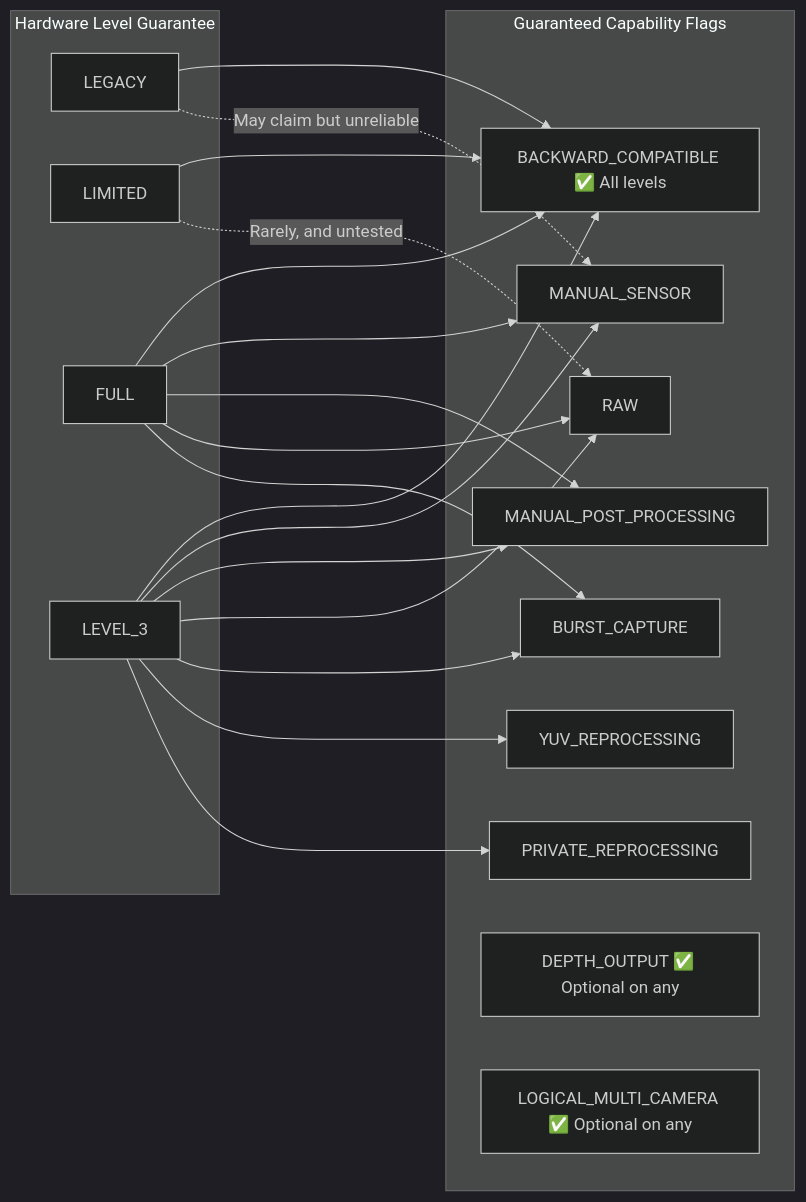
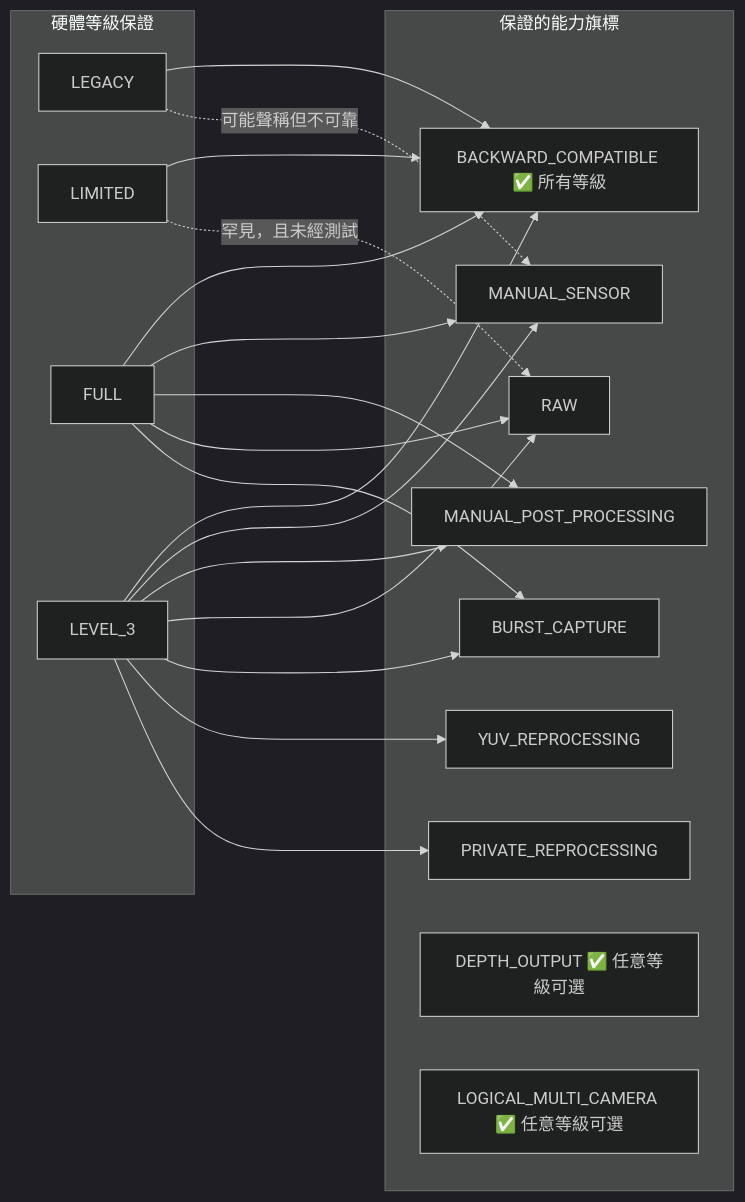
The second of 3 diagrams in website/i18n/zh-Hant/docusaurus-plugin-content-docs/current/camera2/cameracharacteristics-deep-dive.md (zoozooll/AndroidCameraParameters), drawn with Mermaid (dark theme) before and after one commit. The commit also changed other lines of this file and 378 other files, not shown here.

````diff
--- a/website/i18n/zh-Hant/docusaurus-plugin-content-docs/current/camera2/cameracharacteristics-deep-dive.md
+++ b/website/i18n/zh-Hant/docusaurus-plugin-content-docs/current/camera2/cameracharacteristics-deep-dive.md
@@ -137,41 +137,41 @@
 ```mermaid
 flowchart LR
-    subgraph Level["Hardware Level Guarantee"]
+    subgraph Level["硬體等級保證"]
         LEG["LEGACY"]
         LIM["LIMITED"]
         FUL["FULL"]
         L3["LEVEL_3"]
     end
 
-    subgraph Cap["Guaranteed Capability Flags"]
-        BC["BACKWARD_COMPATIBLE ✅ All levels"]
+    subgraph Cap["保證的能力旗標"]
+        BC["BACKWARD_COMPATIBLE ✅ 所有等級"]
         MS["MANUAL_SENSOR"]
         MP["MANUAL_POST_PROCESSING"]
         RAW["RAW"]
         BURST["BURST_CAPTURE"]
         YUV["YUV_REPROCESSING"]
         PRIV["PRIVATE_REPROCESSING"]
-        DEPTH["DEPTH_OUTPUT ✅ Optional on any"]
-        LMC["LOGICAL_MULTI_CAMERA ✅ Optional on any"]
+        DEPTH["DEPTH_OUTPUT ✅ 任意等級可選"]
+        LMC["LOGICAL_MULTI_CAMERA ✅ 任意等級可選"]
     end
 
     LEG --> BC
     LIM --> BC
     FUL --> BC
     L3 --> BC
 
     FUL --> MS
     FUL --> MP
     FUL --> RAW
     FUL --> BURST
 
     L3 --> MS
     L3 --> MP
     L3 --> RAW
     L3 --> BURST
     L3 --> YUV
     L3 --> PRIV
 
-    LEG -.->|"May claim but unreliable"| MS
-    LIM -.->|"Rarely, and untested"| RAW
+    LEG -.->|"可能聲稱但不可靠"| MS
+    LIM -.->|"罕見，且未經測試"| RAW
 ```
````
